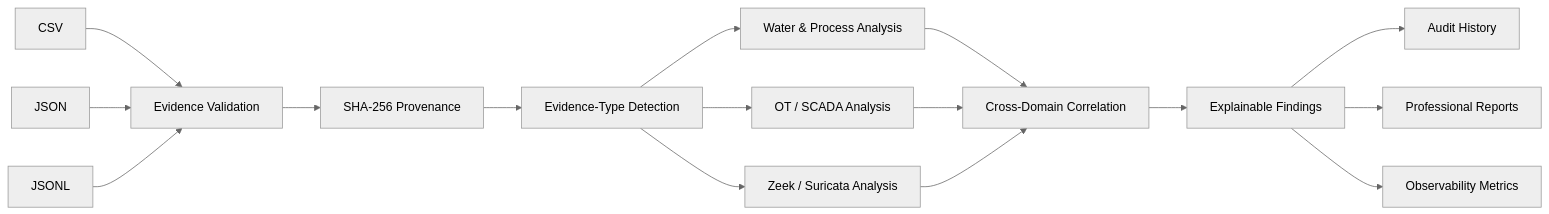
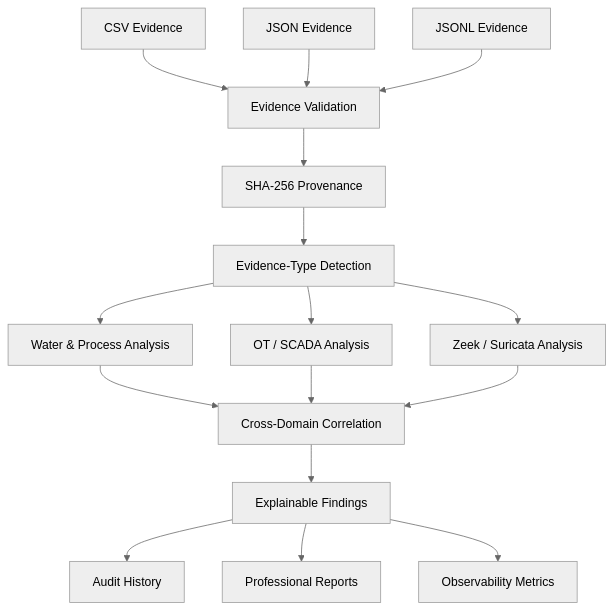
One commit to HaziqBinAfzal/AquaVigil changed the second of 8 diagrams in README.md. Above: the diagram before and after it, drawn with Mermaid (neutral theme). The commit also changed other lines of this file, not shown here.

````diff
--- a/README.md
+++ b/README.md
@@ -240,23 +281,42 @@
 ```mermaid
-flowchart LR
-    A["CSV"] --> D["Evidence Validation"]
-    B["JSON"] --> D
-    C["JSONL"] --> D
+flowchart TB
+    CSV["CSV Evidence"]
+    JSON["JSON Evidence"]
+    JSONL["JSONL Evidence"]
 
-    D --> E["SHA-256 Provenance"]
-    E --> F["Evidence-Type Detection"]
+    VALIDATE["Evidence Validation"]
+    HASH["SHA-256 Provenance"]
+    DETECT["Evidence-Type Detection"]
 
-    F --> G["Water & Process Analysis"]
-    F --> H["OT / SCADA Analysis"]
-    F --> I["Zeek / Suricata Analysis"]
+    WATER["Water & Process Analysis"]
+    OT["OT / SCADA Analysis"]
+    NETWORK["Zeek / Suricata Analysis"]
 
-    G --> J["Cross-Domain Correlation"]
-    H --> J
-    I --> J
+    CORRELATE["Cross-Domain Correlation"]
+    FIND["Explainable Findings"]
 
-    J --> K["Explainable Findings"]
+    HISTORY["Audit History"]
+    REPORT["Professional Reports"]
+    OBS["Observability Metrics"]
 
-    K --> L["Audit History"]
-    K --> M["Professional Reports"]
-    K --> N["Observability Metrics"]
+    CSV --> VALIDATE
+    JSON --> VALIDATE
+    JSONL --> VALIDATE
+
+    VALIDATE --> HASH
+    HASH --> DETECT
+
+    DETECT --> WATER
+    DETECT --> OT
+    DETECT --> NETWORK
+
+    WATER --> CORRELATE
+    OT --> CORRELATE
+    NETWORK --> CORRELATE
+
+    CORRELATE --> FIND
+
+    FIND --> HISTORY
+    FIND --> REPORT
+    FIND --> OBS
 ```
````
